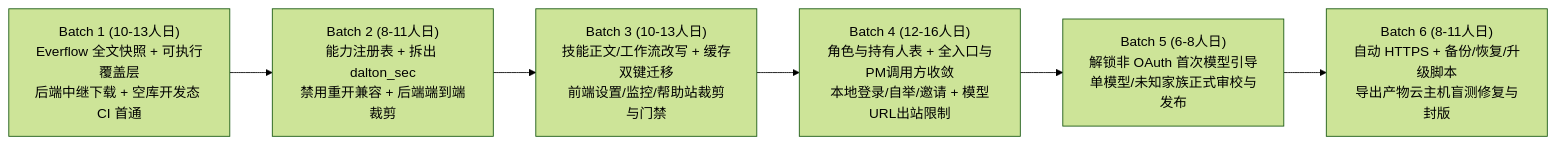
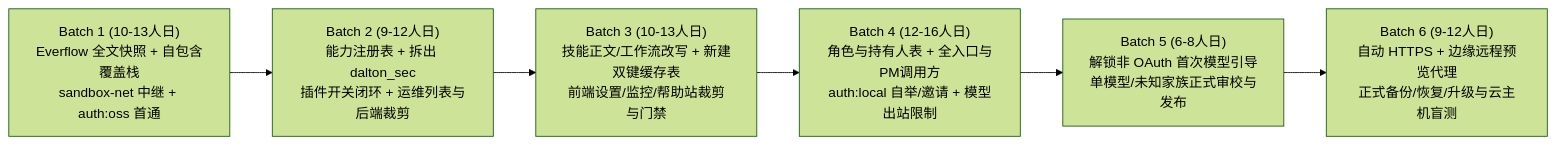
One commit to everflowinv/dalton-langalpha changed the third of 3 diagrams in docs/dalton/features/standalone-core.md. Above: the diagram before and after it, drawn with Mermaid (forest theme). The commit also changed other lines of this file, not shown here.

````diff
--- a/docs/dalton/features/standalone-core.md
+++ b/docs/dalton/features/standalone-core.md
@@ -367,8 +368,8 @@
 ```mermaid
 flowchart LR
-    B1["Batch 1 (10-13人日)<br/>Everflow 全文快照 + 可执行覆盖层<br/>后端中继下载 + 空库开发态 CI 首通"] --> B2["Batch 2 (8-11人日)<br/>能力注册表 + 拆出 dalton_sec<br/>禁用重开兼容 + 后端端到端裁剪"]
-    B2 --> B3["Batch 3 (10-13人日)<br/>技能正文/工作流改写 + 缓存双键迁移<br/>前端设置/监控/帮助站裁剪与门禁"]
-    B3 --> B4["Batch 4 (12-16人日)<br/>角色与持有人表 + 全入口与PM调用方收敛<br/>本地登录/自举/邀请 + 模型URL出站限制"]
+    B1["Batch 1 (10-13人日)<br/>Everflow 全文快照 + 自包含覆盖栈<br/>sandbox-net 中继 + auth:oss 首通"] --> B2["Batch 2 (9-12人日)<br/>能力注册表 + 拆出 dalton_sec<br/>插件开关闭环 + 运维列表与后端裁剪"]
+    B2 --> B3["Batch 3 (10-13人日)<br/>技能正文/工作流改写 + 新建双键缓存表<br/>前端设置/监控/帮助站裁剪与门禁"]
+    B3 --> B4["Batch 4 (12-16人日)<br/>角色与持有人表 + 全入口与PM调用方<br/>auth:local 自举/邀请 + 模型出站限制"]
     B4 --> B5["Batch 5 (6-8人日)<br/>解锁非 OAuth 首次模型引导<br/>单模型/未知家族正式审校与发布"]
-    B5 --> B6["Batch 6 (8-11人日)<br/>自动 HTTPS + 备份/恢复/升级脚本<br/>导出产物云主机盲测修复与封版"]
+    B5 --> B6["Batch 6 (9-12人日)<br/>自动 HTTPS + 边缘远程预览代理<br/>正式备份/恢复/升级与云主机盲测"]
 ```
````
